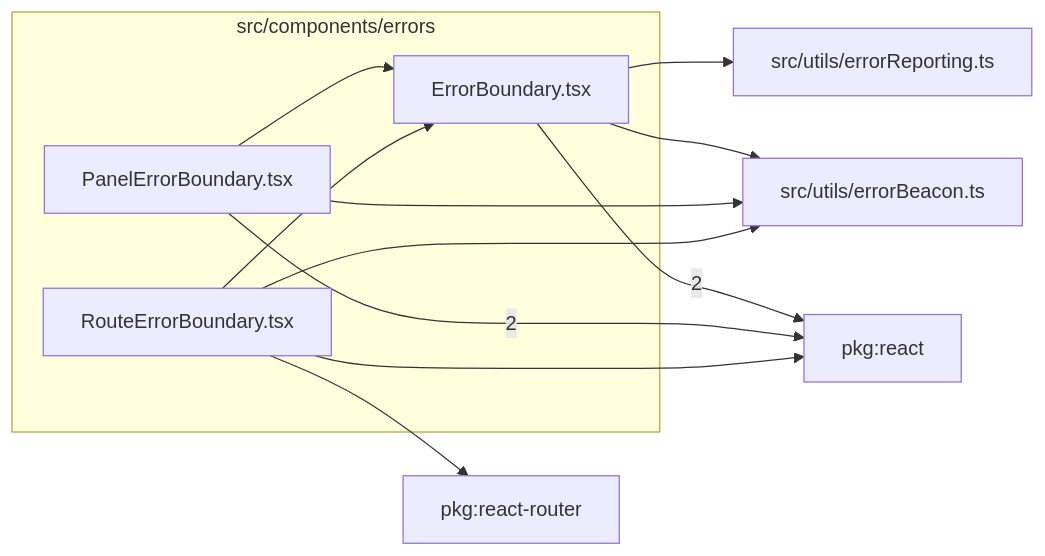
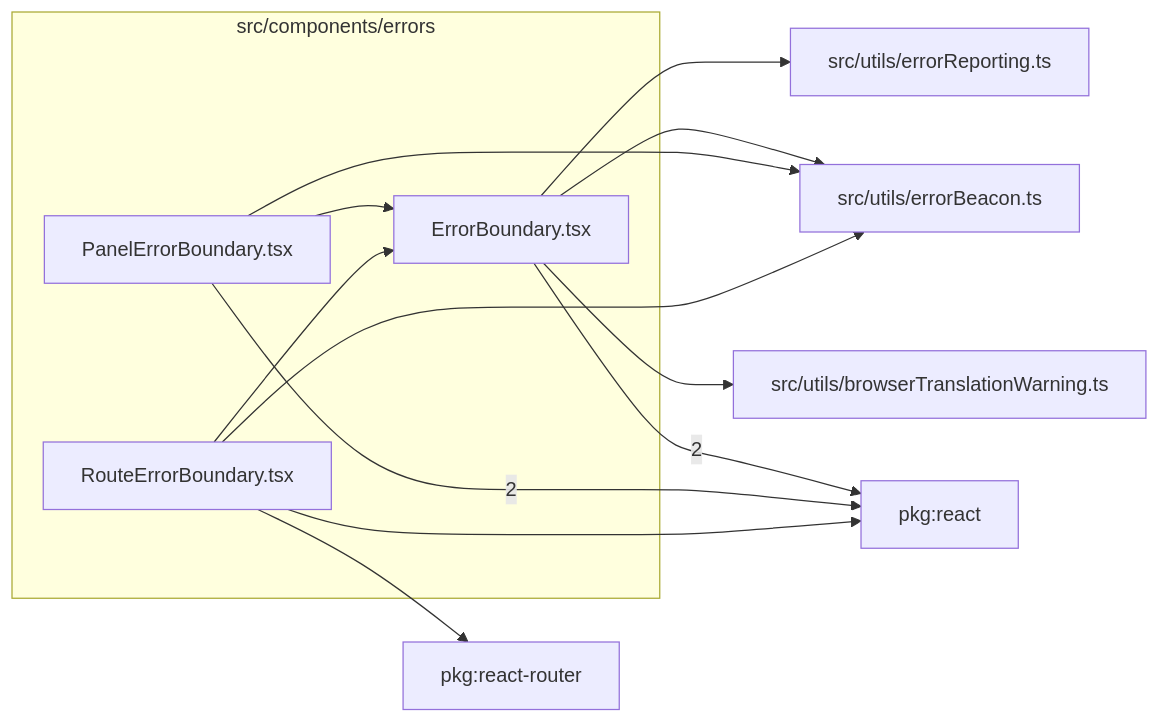
One commit to ronbuening/LensVisualizer changed the diagram in src/components/errors/readme.md. Above: the diagram before and after it, drawn with Mermaid. The commit also changed other lines of this file and 13 other files, not shown here.

First line of the commit message:
Attribute and mitigate browser-translation React errors

````diff
--- a/src/components/errors/readme.md
+++ b/src/components/errors/readme.md
@@ -9,22 +9,24 @@
 ```mermaid
 flowchart LR
   subgraph n_src_components_errors["src/components/errors"]
     n_src_components_errors_src_components_errors_ErrorBoundary_tsx["ErrorBoundary.tsx"]
     n_src_components_errors_src_components_errors_PanelErrorBoundary_tsx["PanelErrorBoundary.tsx"]
     n_src_components_errors_src_components_errors_RouteErrorBoundary_tsx["RouteErrorBoundary.tsx"]
   end
   n_external_pkg_react["pkg:react"]
   n_external_pkg_react_router["pkg:react-router"]
+  n_external_src_utils_browserTranslationWarning_ts["src/utils/browserTranslationWarning.ts"]
   n_external_src_utils_errorBeacon_ts["src/utils/errorBeacon.ts"]
   n_external_src_utils_errorReporting_ts["src/utils/errorReporting.ts"]
   n_src_components_errors_src_components_errors_ErrorBoundary_tsx --> |2| n_external_pkg_react
   n_src_components_errors_src_components_errors_PanelErrorBoundary_tsx --> |2| n_external_pkg_react
   n_src_components_errors_src_components_errors_RouteErrorBoundary_tsx --> n_external_pkg_react
   n_src_components_errors_src_components_errors_RouteErrorBoundary_tsx --> n_external_pkg_react_router
+  n_src_components_errors_src_components_errors_ErrorBoundary_tsx --> n_external_src_utils_browserTranslationWarning_ts
   n_src_components_errors_src_components_errors_ErrorBoundary_tsx --> n_external_src_utils_errorBeacon_ts
   n_src_components_errors_src_components_errors_PanelErrorBoundary_tsx --> n_external_src_utils_errorBeacon_ts
   n_src_components_errors_src_components_errors_RouteErrorBoundary_tsx --> n_external_src_utils_errorBeacon_ts
   n_src_components_errors_src_components_errors_ErrorBoundary_tsx --> n_external_src_utils_errorReporting_ts
   n_src_components_errors_src_components_errors_PanelErrorBoundary_tsx --> n_src_components_errors_src_components_errors_ErrorBoundary_tsx
   n_src_components_errors_src_components_errors_RouteErrorBoundary_tsx --> n_src_components_errors_src_components_errors_ErrorBoundary_tsx
 ```
````
